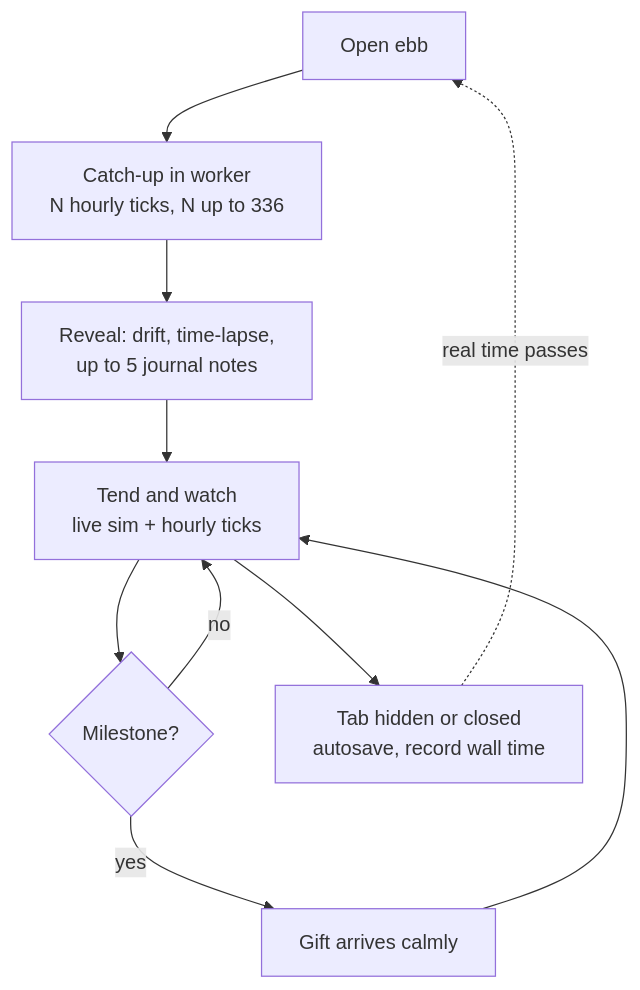
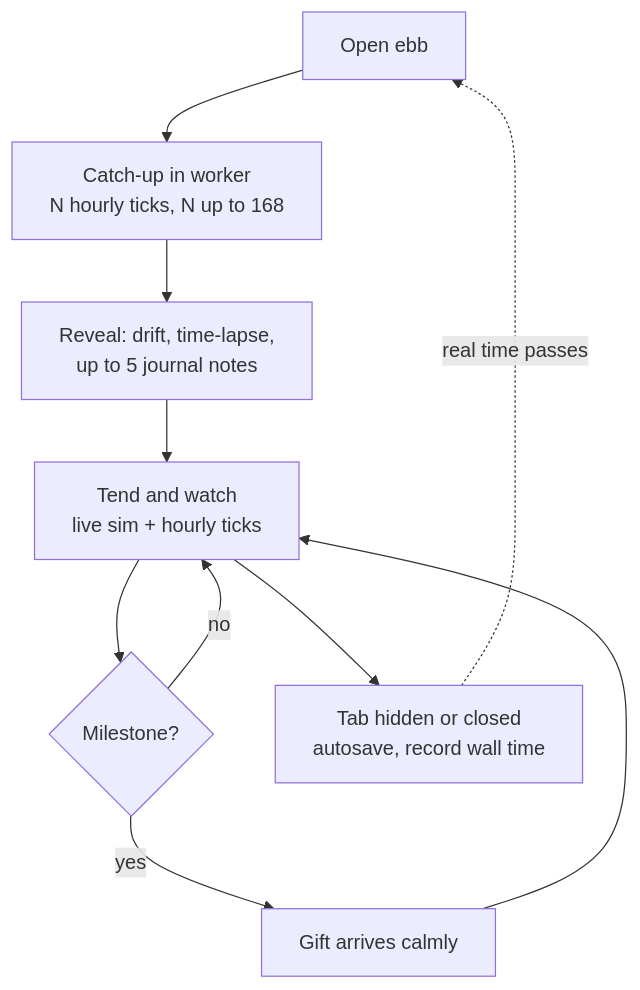
Before and after one commit to mshomper/ebb: the second of 3 diagrams in docs/02-core-loop-and-idle-model.md, drawn with Mermaid. The commit also changed other lines of this file and 28 other files, not shown here.

````diff
--- a/docs/02-core-loop-and-idle-model.md
+++ b/docs/02-core-loop-and-idle-model.md
@@ -40,11 +40,11 @@
 ```mermaid
 flowchart TB
-  L[Open ebb] --> CU[Catch-up in worker<br/>N hourly ticks, N up to 336]
+  L[Open ebb] --> CU[Catch-up in worker<br/>N hourly ticks, N up to 168]
   CU --> RV[Reveal: drift, time-lapse,<br/>up to 5 journal notes]
   RV --> T[Tend and watch<br/>live sim + hourly ticks]
   T --> M{Milestone?}
   M -- yes --> GF[Gift arrives calmly] --> T
   M -- no --> T
   T --> X[Tab hidden or closed<br/>autosave, record wall time]
   X -.real time passes.-> L
 ```
````
